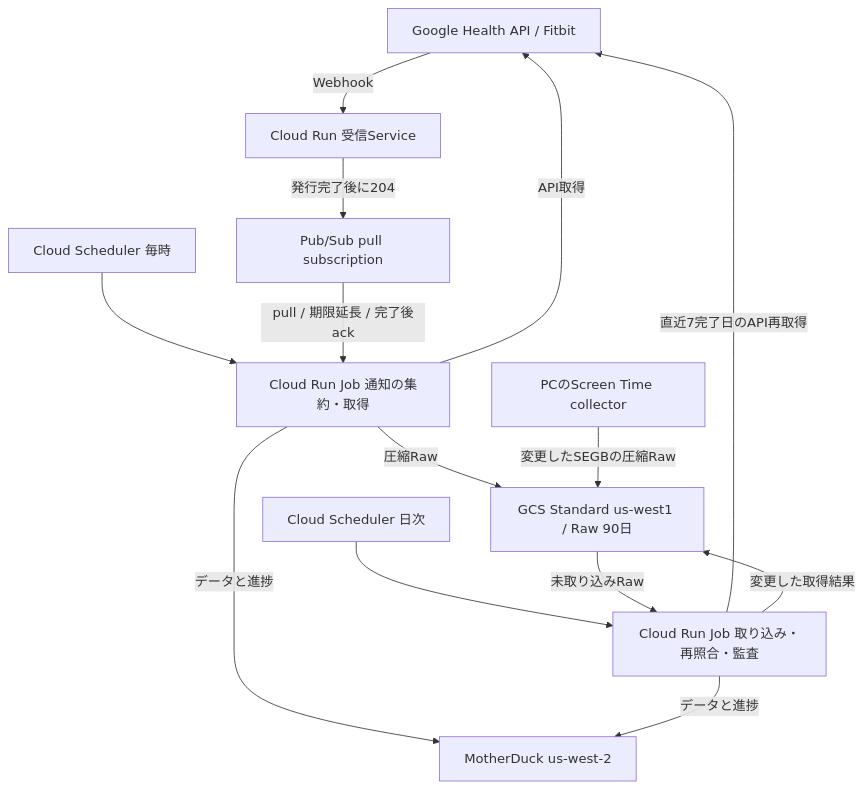
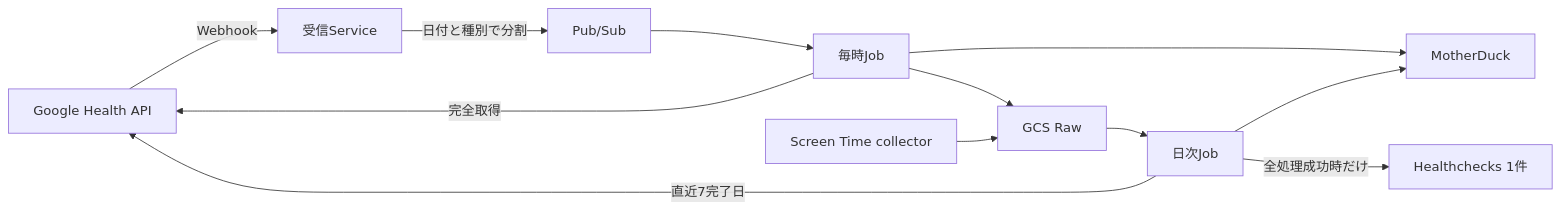
Before and after one commit to binbianlong/personal-data-platform: the diagram in docs/superpowers/specs/2026-10-05-pubsub-gcs-migration-design.md, drawn with Mermaid. The commit also changed other lines of this file and 1 other file, not shown here.

````diff
--- a/docs/superpowers/specs/2026-10-05-pubsub-gcs-migration-design.md
+++ b/docs/superpowers/specs/2026-10-05-pubsub-gcs-migration-design.md
@@ -26,16 +27,14 @@
 ```mermaid
-flowchart TD
-    health[Google Health API / Fitbit] -->|Webhook| receiver[Cloud Run 受信Service]
-    receiver -->|発行完了後に204| queue[Pub/Sub pull subscription]
-    hourly[Cloud Scheduler 毎時] --> fitbit[Cloud Run Job 通知の集約・取得]
-    queue -->|pull / 期限延長 / 完了後ack| fitbit
-    fitbit -->|API取得| health
-    fitbit -->|圧縮Raw| gcs[GCS Standard us-west1 / Raw 90日]
-    fitbit -->|データと進捗| md[MotherDuck us-west-2]
-    pc[PCのScreen Time collector] -->|変更したSEGBの圧縮Raw| gcs
-    daily[Cloud Scheduler 日次] --> reconcile[Cloud Run Job 取り込み・再照合・監査]
-    gcs -->|未取り込みRaw| reconcile
-    reconcile -->|直近7完了日のAPI再取得| health
-    reconcile -->|変更した取得結果| gcs
-    reconcile -->|データと進捗| md
+flowchart LR
+    API[Google Health API] -->|Webhook| Receiver[受信Service]
+    Receiver -->|日付と種別で分割| PubSub[Pub/Sub]
+    PubSub --> Hourly[毎時Job]
+    Hourly -->|完全取得| API
+    Hourly --> Raw[GCS Raw]
+    Hourly --> DB[MotherDuck]
+    Mac[Screen Time collector] --> Raw
+    Raw --> Daily[日次Job]
+    Daily -->|直近7完了日| API
+    Daily --> DB
+    Daily -->|全処理成功時だけ| Check[Healthchecks 1件]
 ```
````
